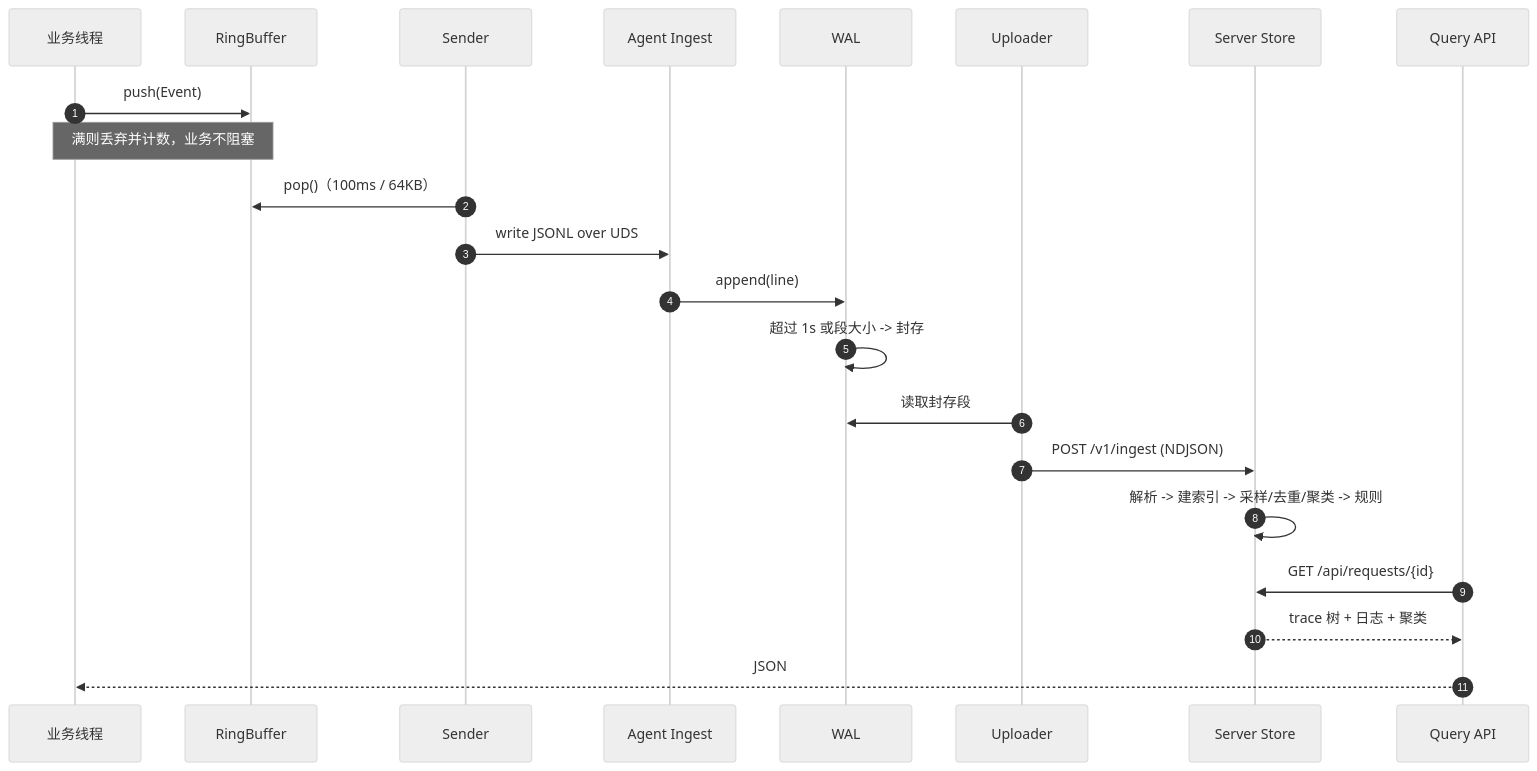
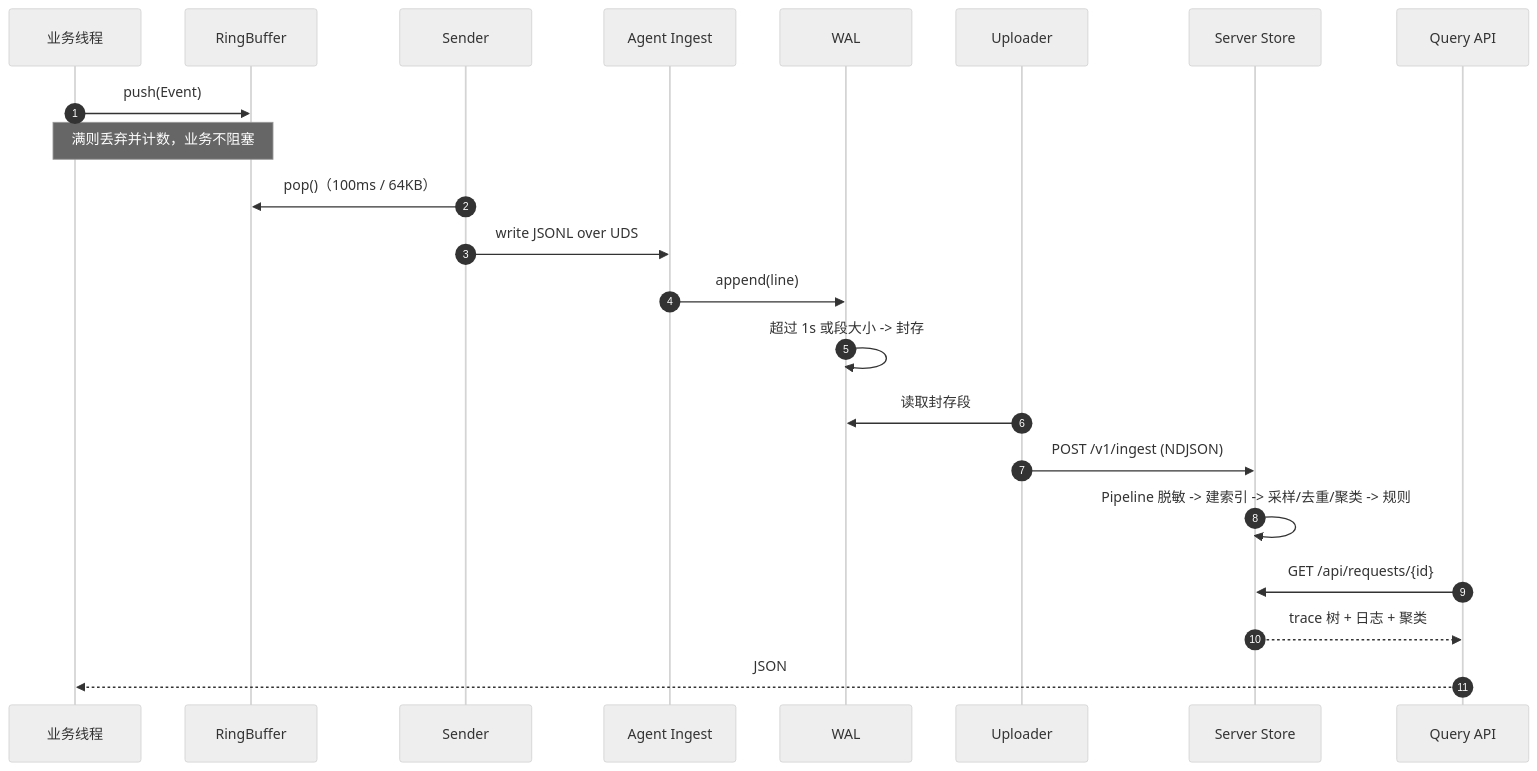
One commit to git163/CplusTrace changed the fifth of 14 diagrams in docs/module-design.md. Above: the diagram before and after it, drawn with Mermaid (neutral theme). The commit also changed other lines of this file and 27 other files, not shown here.

First line of the commit message:
补齐模块设计图、客户端接入与竞品关键能力

````diff
--- a/docs/module-design.md
+++ b/docs/module-design.md
@@ -731,25 +748,25 @@
 ```mermaid
 sequenceDiagram
   autonumber
   participant B as 业务线程
   participant R as RingBuffer
   participant S as Sender
   participant I as Agent Ingest
   participant W as WAL
   participant U as Uploader
   participant SV as Server Store
   participant API as Query API
 
   B->>R: push(Event)
   Note over B,R: 满则丢弃并计数，业务不阻塞
   S->>R: pop()（100ms / 64KB）
   S->>I: write JSONL over UDS
   I->>W: append(line)
   W->>W: 超过 1s 或段大小 -> 封存
   U->>W: 读取封存段
   U->>SV: POST /v1/ingest (NDJSON)
-  SV->>SV: 解析 -> 建索引 -> 采样/去重/聚类 -> 规则
+  SV->>SV: Pipeline 脱敏 -> 建索引 -> 采样/去重/聚类 -> 规则
   API->>SV: GET /api/requests/{id}
   SV-->>API: trace 树 + 日志 + 聚类
   API-->>B: JSON
 ```
````
